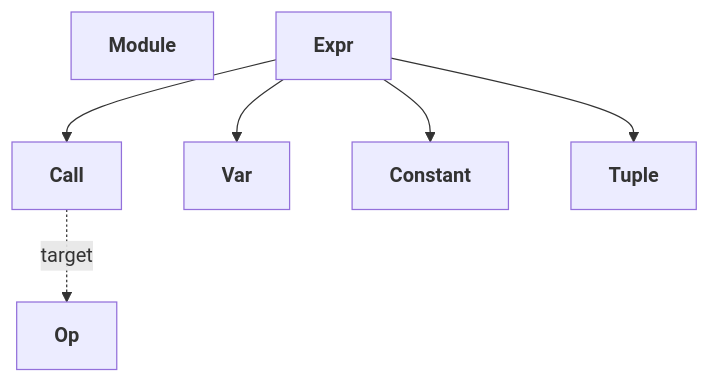
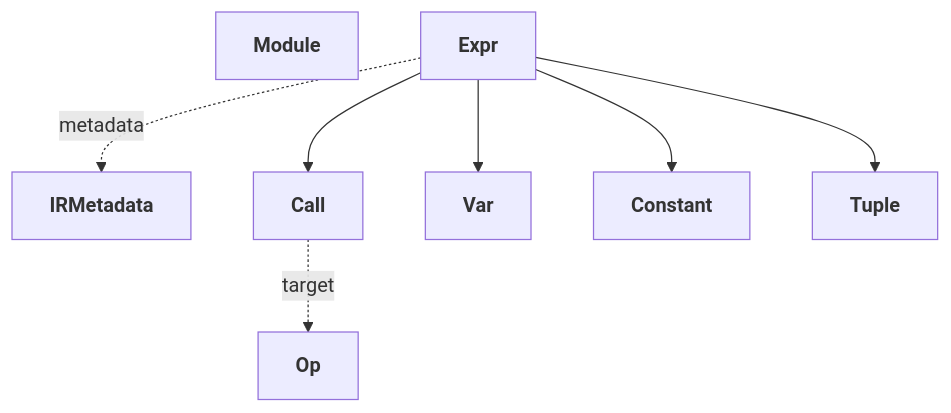
The diagram in docs/spec/core-ir.md (tile-ai/TileFoundry), drawn with Mermaid before and after one commit. The commit also changed other lines of this file and 4 other files, not shown here.

````diff
--- a/docs/spec/core-ir.md
+++ b/docs/spec/core-ir.md
@@ -11,15 +11,17 @@
 ```mermaid
 flowchart TB
     Module["<b>Module</b>"]
     Expr["<b>Expr</b>"]
+    IRMetadata["<b>IRMetadata</b>"]
     Op["<b>Op</b>"]
     Call["<b>Call</b>"]
     Var["<b>Var</b>"]
     Constant["<b>Constant</b>"]
     Tuple["<b>Tuple</b>"]
     Expr --> Var
     Expr --> Constant
     Expr --> Tuple
     Expr --> Call
+    Expr -. metadata .-> IRMetadata
     Call -. target .-> Op
 ```
````
